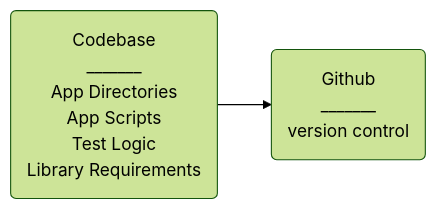
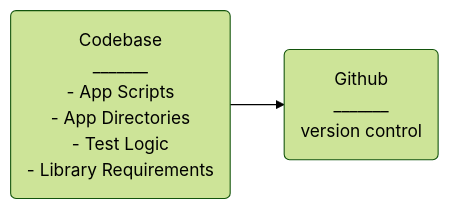
One commit to meowser/mlops_scaffold changed the first of 2 diagrams in docs/cicd.md. Above: the diagram before and after it, drawn with Mermaid (forest theme). The commit also changed other lines of this file, not shown here.

````diff
--- a/docs/cicd.md
+++ b/docs/cicd.md
@@ -119,4 +90,4 @@
 ```mermaid
 flowchart LR
-   codebase(Codebase  <br> _______ <br> App Directories <br> App Scripts  <br> Test Logic  <br> Library Requirements  ) --> git(Github  <br> _______<br> version control)
+   codebase(Codebase  <br> _______ <br> - App Scripts  <br> - App Directories   <br> - Test Logic  <br> - Library Requirements  ) --> git(Github  <br> _______<br> version control)
 ```
````
